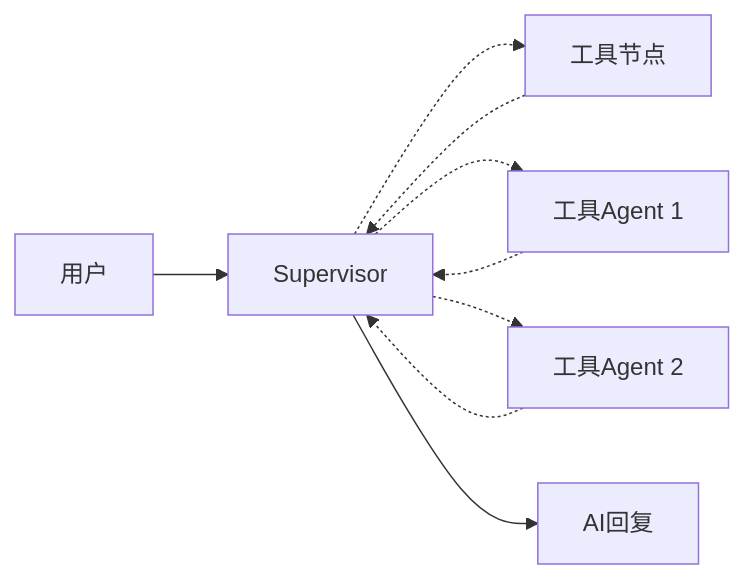
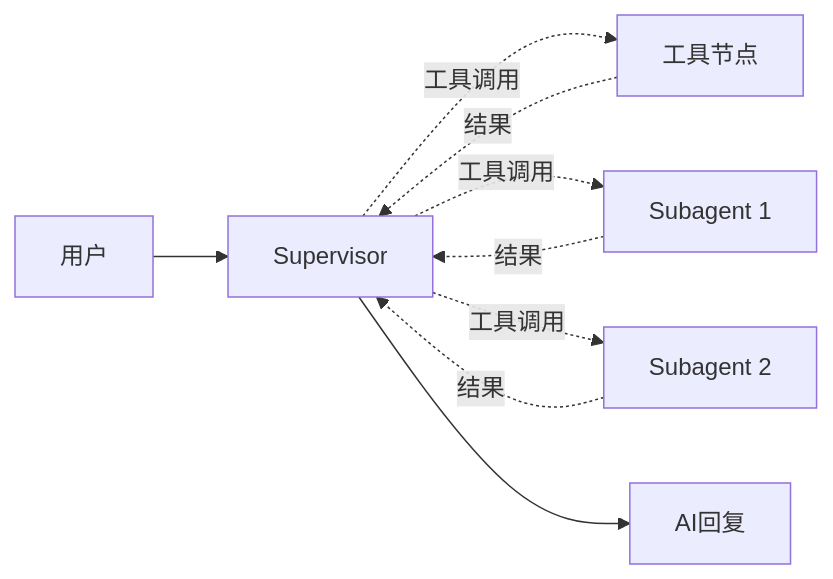
One commit to luochang212/dive-into-langgraph changed the diagram in skills/dive-into-langgraph/references/8.supervisor.md. Above: the diagram before and after it, drawn with Mermaid. The commit also changed other lines of this file and 64 other files, not shown here.

````diff
--- a/skills/dive-into-langgraph/references/8.supervisor.md
+++ b/skills/dive-into-langgraph/references/8.supervisor.md
@@ -12,11 +11,11 @@
 ```mermaid
 flowchart LR
     A[用户] --> B[Supervisor]
-    B -.-> C[工具节点]
-    B -.-> D[工具Agent 1]
-    B -.-> E[工具Agent 2]
-    C -.-> B
-    D -.-> B
-    E -.-> B
+    B -.工具调用.-> C[工具节点]
+    B -.工具调用.-> D[Subagent 1]
+    B -.工具调用.-> E[Subagent 2]
+    C -.结果.-> B
+    D -.结果.-> B
+    E -.结果.-> B
     B --> F[AI回复]
 ```
````
